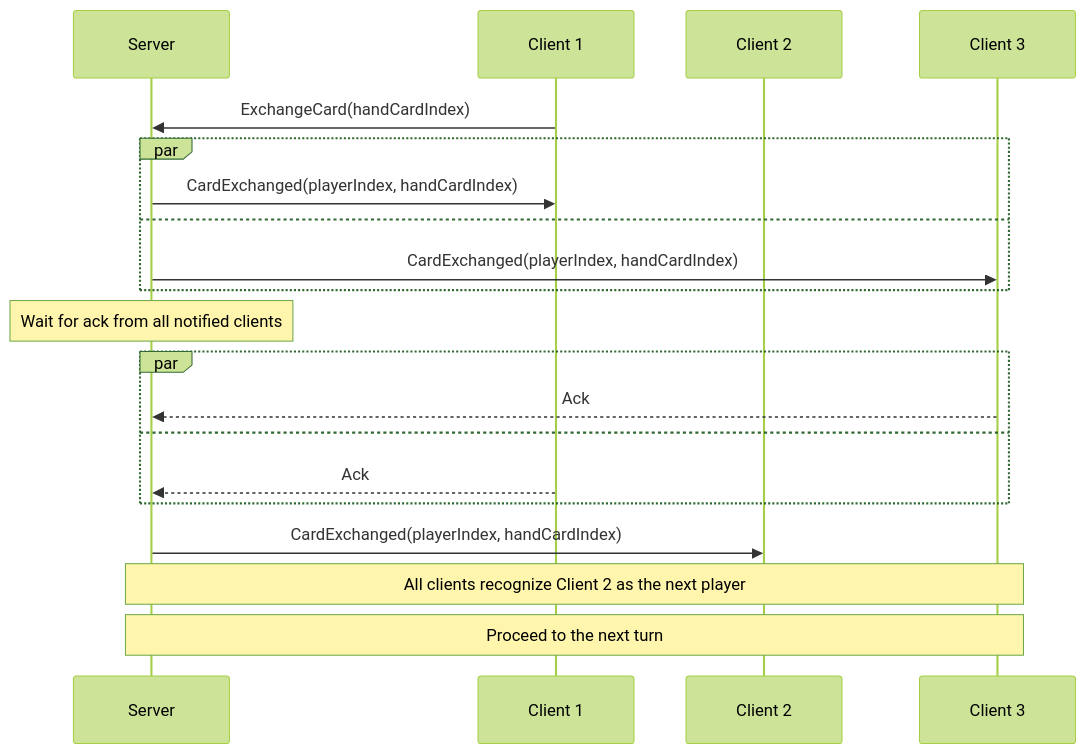
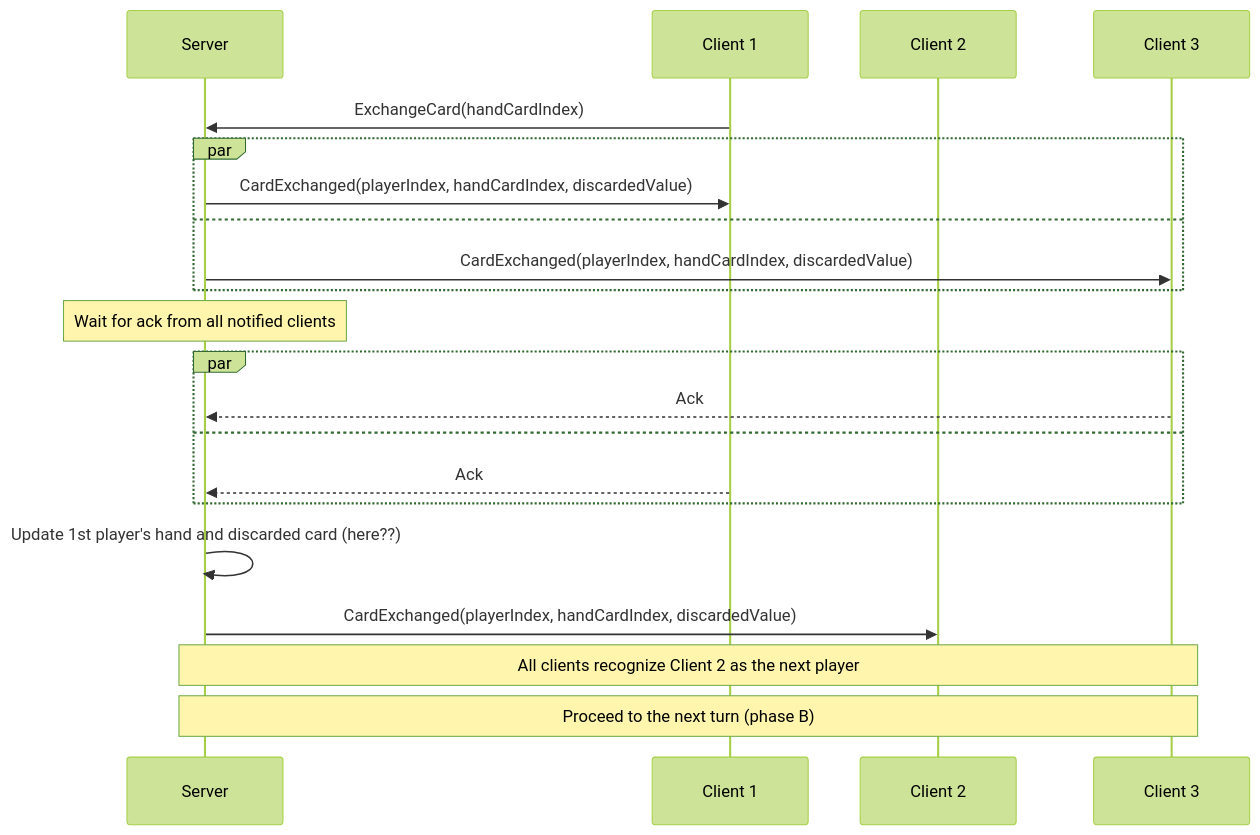
One commit to roman-zubarevich/another changed the sixth of 8 diagrams in README.md. Above: the diagram before and after it, drawn with Mermaid (forest theme). The commit also changed other lines of this file, not shown here.

````diff
--- a/README.md
+++ b/README.md
@@ -96,22 +145,23 @@
 ```mermaid
 sequenceDiagram
     participant S as Server
     participant C1 as Client 1
     participant C2 as Client 2
     participant C3 as Client 3
     C1->>S: ExchangeCard(handCardIndex)
     par
-        S->>C1: CardExchanged(playerIndex, handCardIndex)
+        S->>C1: CardExchanged(playerIndex, handCardIndex, discardedValue)
     and
-        S->>C3: CardExchanged(playerIndex, handCardIndex)
+        S->>C3: CardExchanged(playerIndex, handCardIndex, discardedValue)
     end
     Note over S: Wait for ack from all notified clients
     par
         C3-->>S: Ack
     and
         C1-->>S: Ack
     end
-    S->>C2: CardExchanged(playerIndex, handCardIndex)
+    S->>S: Update 1st player's hand and discarded card (here??)
+    S->>C2: CardExchanged(playerIndex, handCardIndex, discardedValue)
     Note over S,C3: All clients recognize Client 2 as the next player
-    Note over S,C3: Proceed to the next turn
+    Note over S,C3: Proceed to the next turn (phase B)
 ```
````
